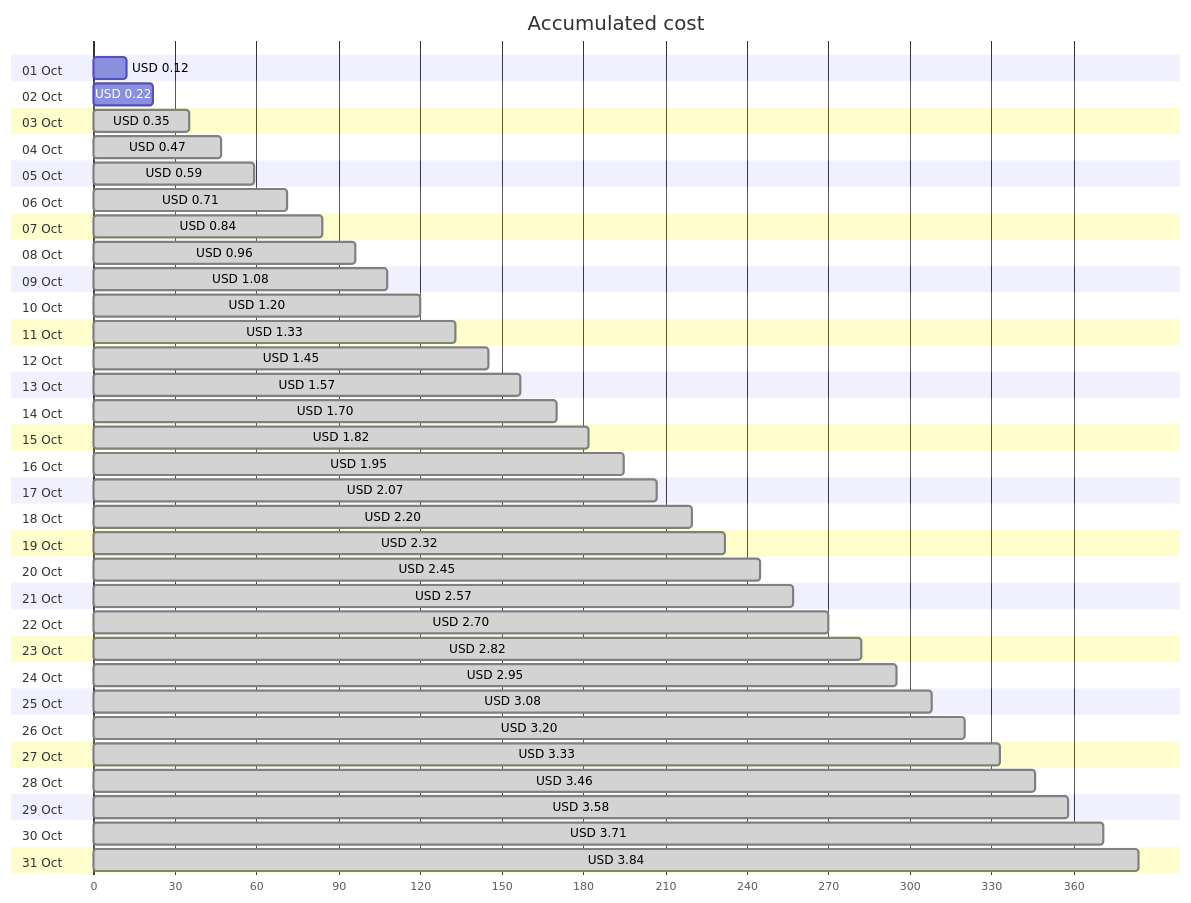
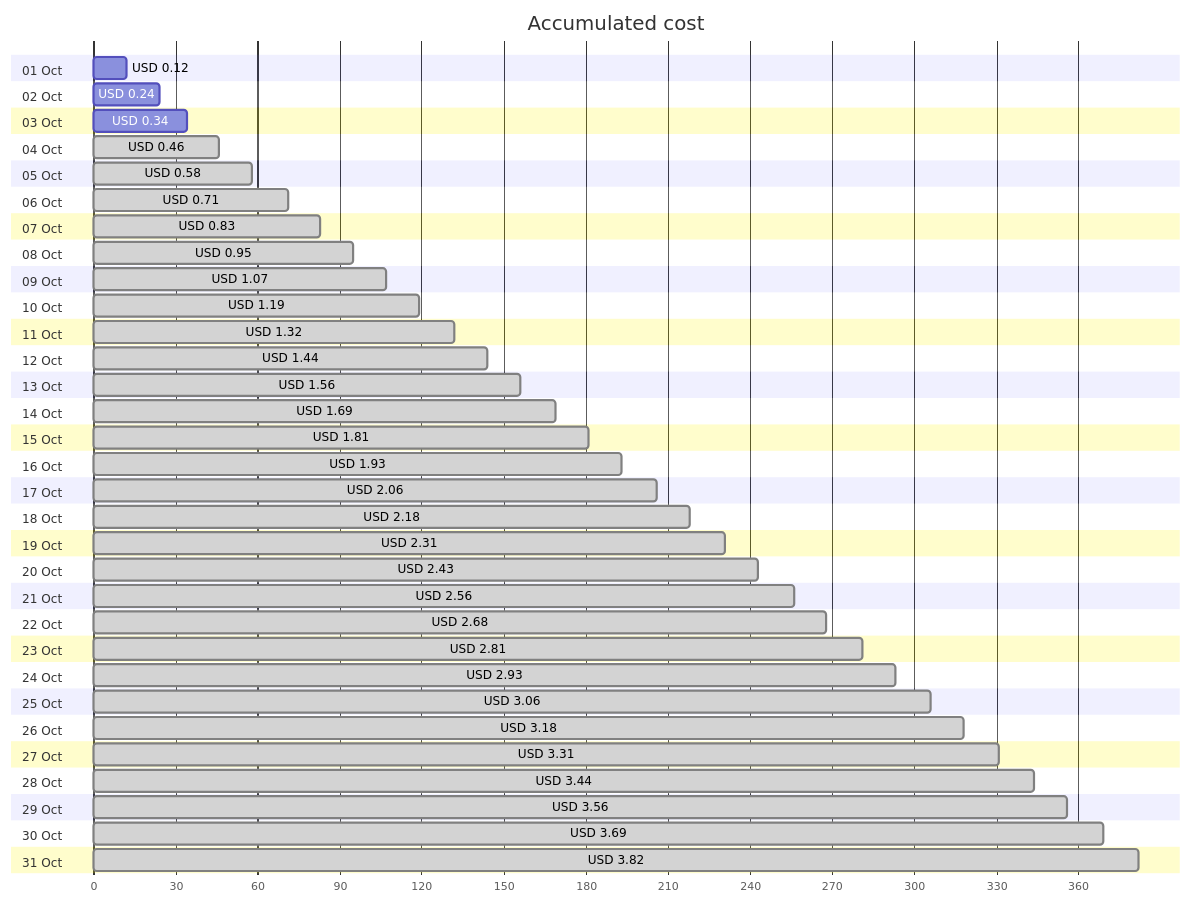
Before and after one commit to jpfulton/azure-personal-reports: the first of 4 diagrams in cost-reports/personal-network/backup-server-public-ip.md, drawn with Mermaid. The commit also changed other lines of this file and 8 other files, not shown here.

````diff
--- a/cost-reports/personal-network/backup-server-public-ip.md
+++ b/cost-reports/personal-network/backup-server-public-ip.md
@@ -20,68 +20,68 @@
 ```mermaid
 gantt
    title Accumulated cost
    dateFormat  X
    axisFormat %s
    section 01 Oct
    USD 0.12 :0, 12
    section 02 Oct
-   USD 0.22 :0, 22
+   USD 0.24 :0, 24
    section 03 Oct
-   USD 0.35 : done, 0, 35
+   USD 0.34 :0, 34
    section 04 Oct
-   USD 0.47 : done, 0, 47
+   USD 0.46 : done, 0, 46
    section 05 Oct
-   USD 0.59 : done, 0, 59
+   USD 0.58 : done, 0, 58
    section 06 Oct
    USD 0.71 : done, 0, 71
    section 07 Oct
-   USD 0.84 : done, 0, 84
+   USD 0.83 : done, 0, 83
    section 08 Oct
-   USD 0.96 : done, 0, 96
+   USD 0.95 : done, 0, 95
    section 09 Oct
-   USD 1.08 : done, 0, 108
+   USD 1.07 : done, 0, 107
    section 10 Oct
-   USD 1.20 : done, 0, 120
+   USD 1.19 : done, 0, 119
    section 11 Oct
-   USD 1.33 : done, 0, 133
+   USD 1.32 : done, 0, 132
    section 12 Oct
-   USD 1.45 : done, 0, 145
+   USD 1.44 : done, 0, 144
    section 13 Oct
-   USD 1.57 : done, 0, 157
+   USD 1.56 : done, 0, 156
    section 14 Oct
-   USD 1.70 : done, 0, 170
+   USD 1.69 : done, 0, 169
    section 15 Oct
-   USD 1.82 : done, 0, 182
+   USD 1.81 : done, 0, 181
    section 16 Oct
-   USD 1.95 : done, 0, 195
+   USD 1.93 : done, 0, 193
    section 17 Oct
-   USD 2.07 : done, 0, 207
+   USD 2.06 : done, 0, 206
    section 18 Oct
-   USD 2.20 : done, 0, 220
+   USD 2.18 : done, 0, 218
    section 19 Oct
-   USD 2.32 : done, 0, 232
+   USD 2.31 : done, 0, 231
    section 20 Oct
-   USD 2.45 : done, 0, 245
+   USD 2.43 : done, 0, 243
    section 21 Oct
-   USD 2.57 : done, 0, 257
+   USD 2.56 : done, 0, 256
    section 22 Oct
-   USD 2.70 : done, 0, 270
+   USD 2.68 : done, 0, 268
    section 23 Oct
-   USD 2.82 : done, 0, 282
+   USD 2.81 : done, 0, 281
    section 24 Oct
-   USD 2.95 : done, 0, 295
+   USD 2.93 : done, 0, 293
    section 25 Oct
-   USD 3.08 : done, 0, 308
+   USD 3.06 : done, 0, 306
    section 26 Oct
-   USD 3.20 : done, 0, 320
+   USD 3.18 : done, 0, 318
    section 27 Oct
-   USD 3.33 : done, 0, 333
+   USD 3.31 : done, 0, 331
    section 28 Oct
-   USD 3.46 : done, 0, 346
+   USD 3.44 : done, 0, 344
    section 29 Oct
-   USD 3.58 : done, 0, 358
+   USD 3.56 : done, 0, 356
    section 30 Oct
-   USD 3.71 : done, 0, 371
+   USD 3.69 : done, 0, 369
    section 31 Oct
-   USD 3.84 : done, 0, 384
+   USD 3.82 : done, 0, 382
 ```
````
